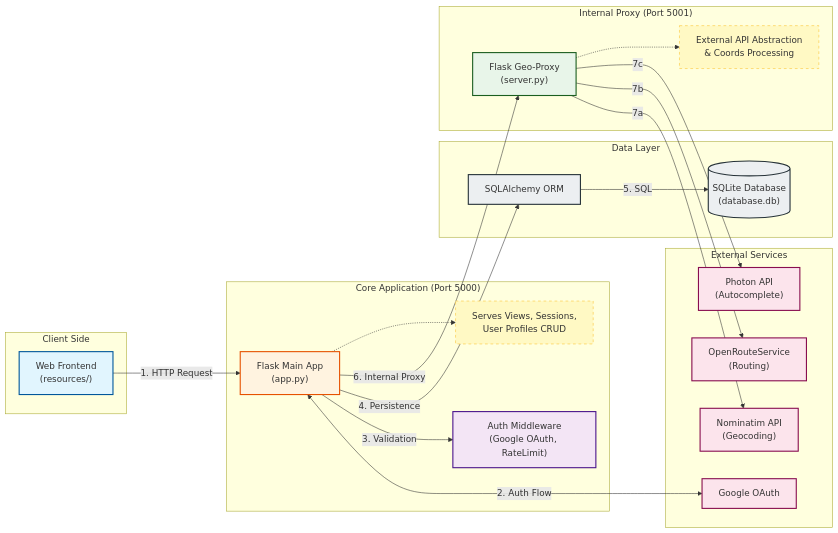
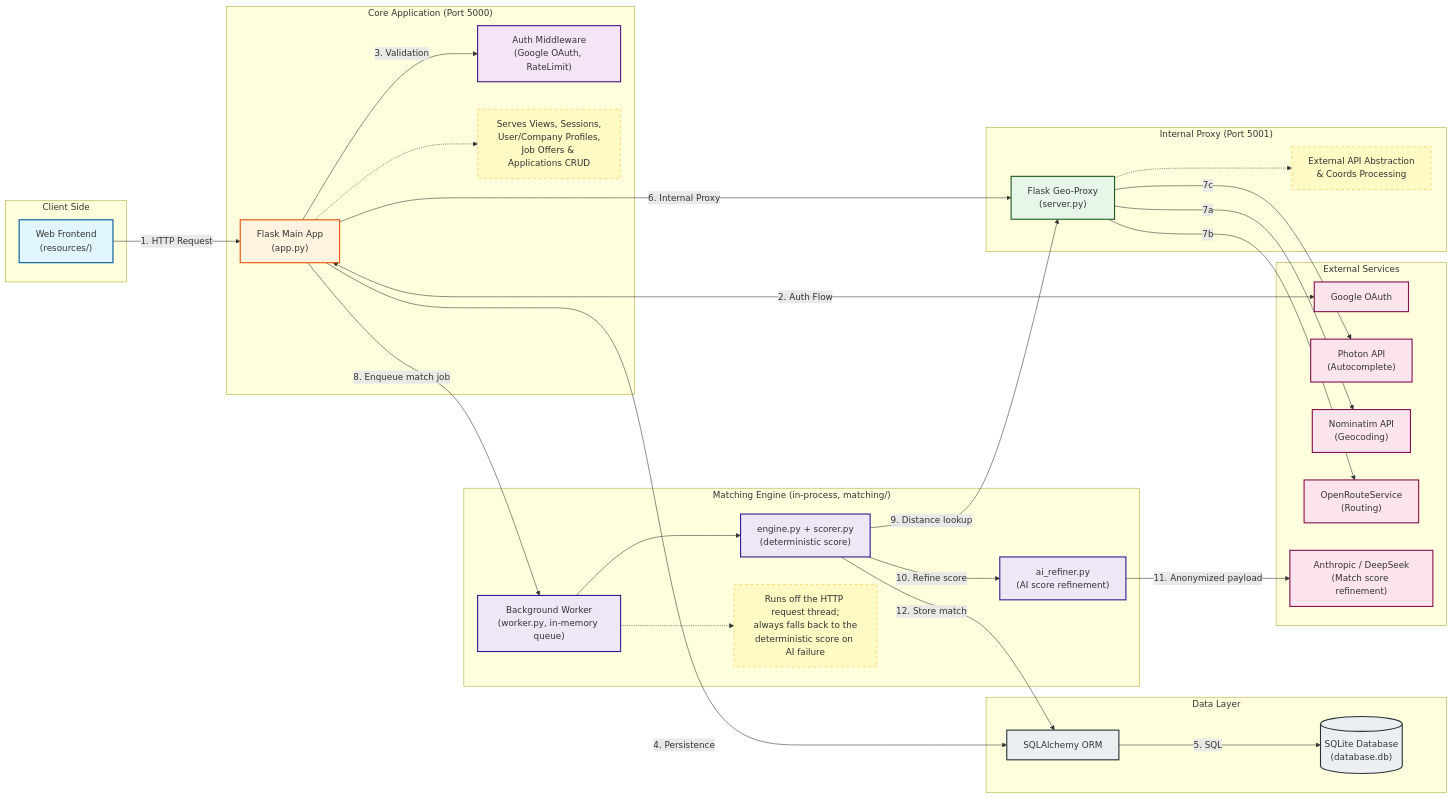
The diagram in ARCHITECTURE.md (stageMatch/stageMatch), drawn with Mermaid before and after one commit. The commit also changed 2 other files, not shown here.

Commit message:
Aggiornato documentazione

````diff
--- a/ARCHITECTURE.md
+++ b/ARCHITECTURE.md
@@ -21,60 +21,78 @@
 ```mermaid
 graph LR
     classDef frontend fill:#e1f5fe,stroke:#01579b,stroke-width:2px;
     classDef backend fill:#fff3e0,stroke:#e65100,stroke-width:2px;
     classDef proxy fill:#e8f5e9,stroke:#1b5e20,stroke-width:2px;
     classDef auth fill:#f3e5f5,stroke:#4a148c,stroke-width:2px;
+    classDef matching fill:#ede7f6,stroke:#311b92,stroke-width:2px;
     classDef db fill:#eceff1,stroke:#263238,stroke-width:2px;
     classDef external fill:#fce4ec,stroke:#880e4f,stroke-width:2px;
     classDef note fill:#fff9c4,stroke:#fbc02d,stroke-width:1px,stroke-dasharray:5 5;
 
     subgraph Client ["Client Side"]
         FE["Web Frontend<br/>(resources/)"]:::frontend
     end
 
     subgraph Core ["Core Application (Port 5000)"]
         App["Flask Main App<br/>(app.py)"]:::backend
         SSO["Auth Middleware<br/>(Google OAuth, RateLimit)"]:::auth
-        note_app["Serves Views, Sessions,<br/>User Profiles CRUD"]:::note
+        note_app["Serves Views, Sessions,<br/>User/Company Profiles,<br/>Job Offers & Applications CRUD"]:::note
+    end
+
+    subgraph Matching ["Matching Engine (in-process, matching/)"]
+        Worker["Background Worker<br/>(worker.py, in-memory queue)"]:::matching
+        Engine["engine.py + scorer.py<br/>(deterministic score)"]:::matching
+        AIRefiner["ai_refiner.py<br/>(AI score refinement)"]:::matching
+        note_matching["Runs off the HTTP request thread;<br/>always falls back to the<br/>deterministic score on AI failure"]:::note
     end
 
     subgraph Storage ["Data Layer"]
         ORM["SQLAlchemy ORM"]:::db
         DB[("SQLite Database<br/>(database.db)")]:::db
     end
 
     subgraph Internal_Proxy ["Internal Proxy (Port 5001)"]
         Server["Flask Geo-Proxy<br/>(server.py)"]:::proxy
         note_server["External API Abstraction<br/>& Coords Processing"]:::note
     end
 
     subgraph External ["External Services"]
         Google["Google OAuth"]:::external
         Photon["Photon API<br/>(Autocomplete)"]:::external
         Nominatim["Nominatim API<br/>(Geocoding)"]:::external
         ORS["OpenRouteService<br/>(Routing)"]:::external
+        AIProvider["Anthropic / DeepSeek<br/>(Match score refinement)"]:::external
     end
 
     %% Client Interactions
     FE -->|"1. HTTP Request"| App
 
     %% Authentication Flow
     App <-->|"2. Auth Flow"| Google
     App -->|"3. Validation"| SSO
 
     %% Database Flow
     App -->|"4. Persistence"| ORM
     ORM -->|"5. SQL"| DB
 
     %% Proxy Flow
     App -->|"6. Internal Proxy"| Server
-    
+
     %% External API Flow
     Server -->|"7a"| Nominatim
     Server -->|"7b"| ORS
     Server -->|"7c"| Photon
 
+    %% Matching Flow (async, triggered on profile/offer changes)
+    App -->|"8. Enqueue match job"| Worker
+    Worker --> Engine
+    Engine -->|"9. Distance lookup"| Server
+    Engine -->|"10. Refine score"| AIRefiner
+    AIRefiner -->|"11. Anonymized payload"| AIProvider
+    Engine -->|"12. Store match"| ORM
+
     %% Notes
     App -.-> note_app
     Server -.-> note_server
+    Worker -.-> note_matching
 ```
````
